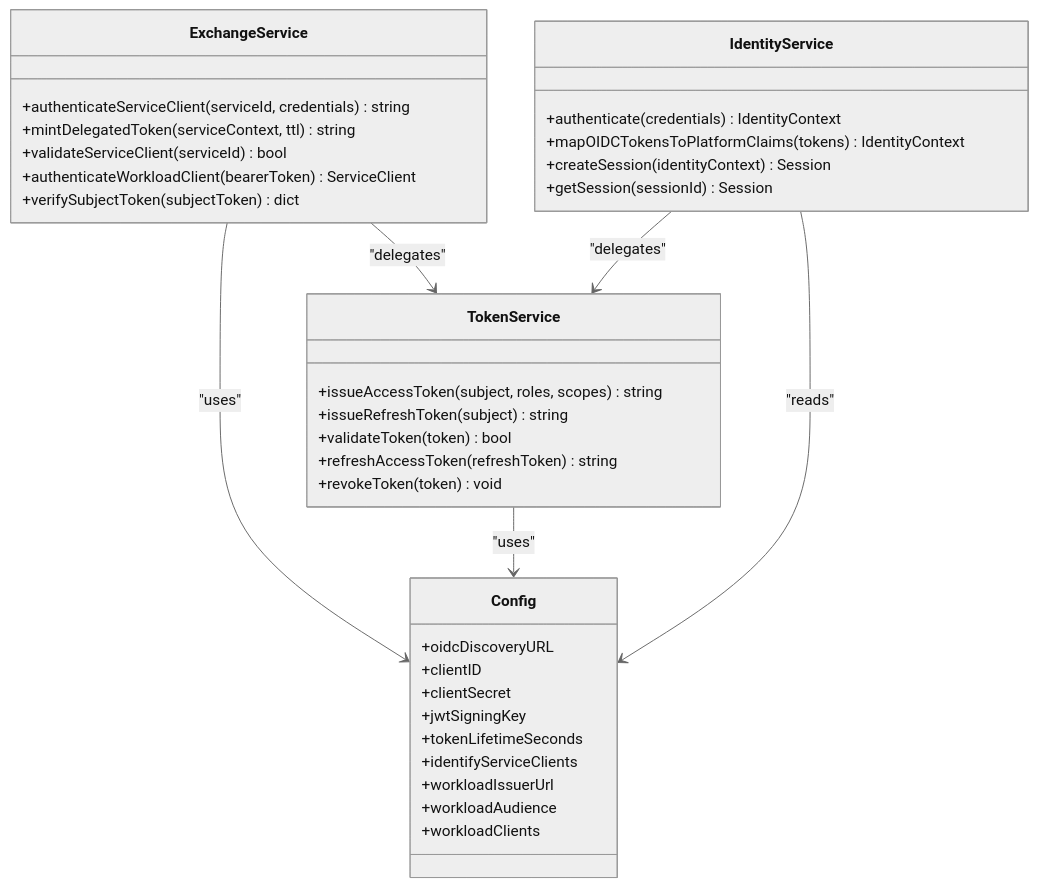
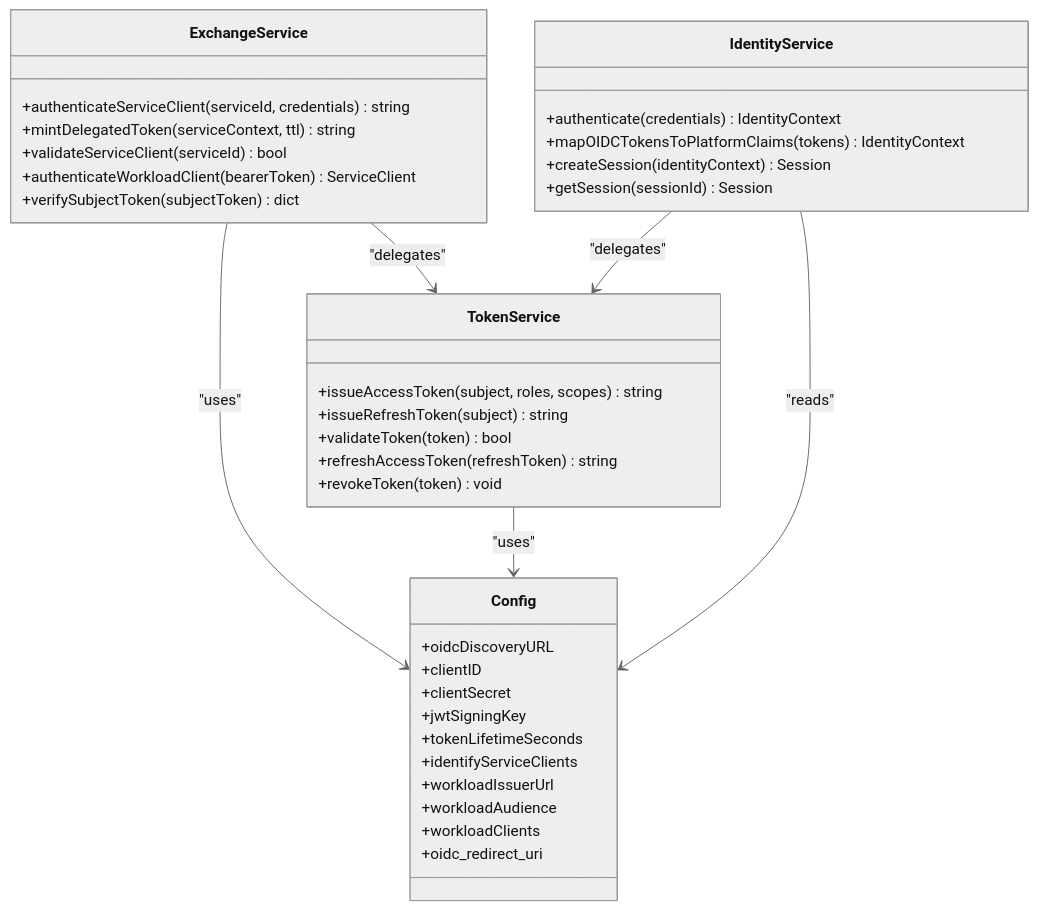
The fourth of 10 diagrams in .qoder/repowiki/en/content/Identity Broker Service/Identity Broker Service.md (metasync/luban-aiops), drawn with Mermaid (neutral theme) before and after one commit. The commit also changed other lines of this file and 5 other files, not shown here.

````diff
--- a/.qoder/repowiki/en/content/Identity Broker Service/Identity Broker Service.md
+++ b/.qoder/repowiki/en/content/Identity Broker Service/Identity Broker Service.md
@@ -296,39 +299,40 @@
 ```mermaid
 classDiagram
 class TokenService {
 +issueAccessToken(subject, roles, scopes) string
 +issueRefreshToken(subject) string
 +validateToken(token) bool
 +refreshAccessToken(refreshToken) string
 +revokeToken(token) void
 }
 class ExchangeService {
 +authenticateServiceClient(serviceId, credentials) string
 +mintDelegatedToken(serviceContext, ttl) string
 +validateServiceClient(serviceId) bool
 +authenticateWorkloadClient(bearerToken) ServiceClient
 +verifySubjectToken(subjectToken) dict
 }
 class IdentityService {
 +authenticate(credentials) IdentityContext
 +mapOIDCTokensToPlatformClaims(tokens) IdentityContext
 +createSession(identityContext) Session
 +getSession(sessionId) Session
 }
 class Config {
 +oidcDiscoveryURL
 +clientID
 +clientSecret
 +jwtSigningKey
 +tokenLifetimeSeconds
 +identifyServiceClients
 +workloadIssuerUrl
 +workloadAudience
 +workloadClients
++oidc_redirect_uri
 }
 TokenService --> Config : "uses"
 ExchangeService --> Config : "uses"
 IdentityService --> TokenService : "delegates"
 IdentityService --> Config : "reads"
 ExchangeService --> TokenService : "delegates"
 ```
````
